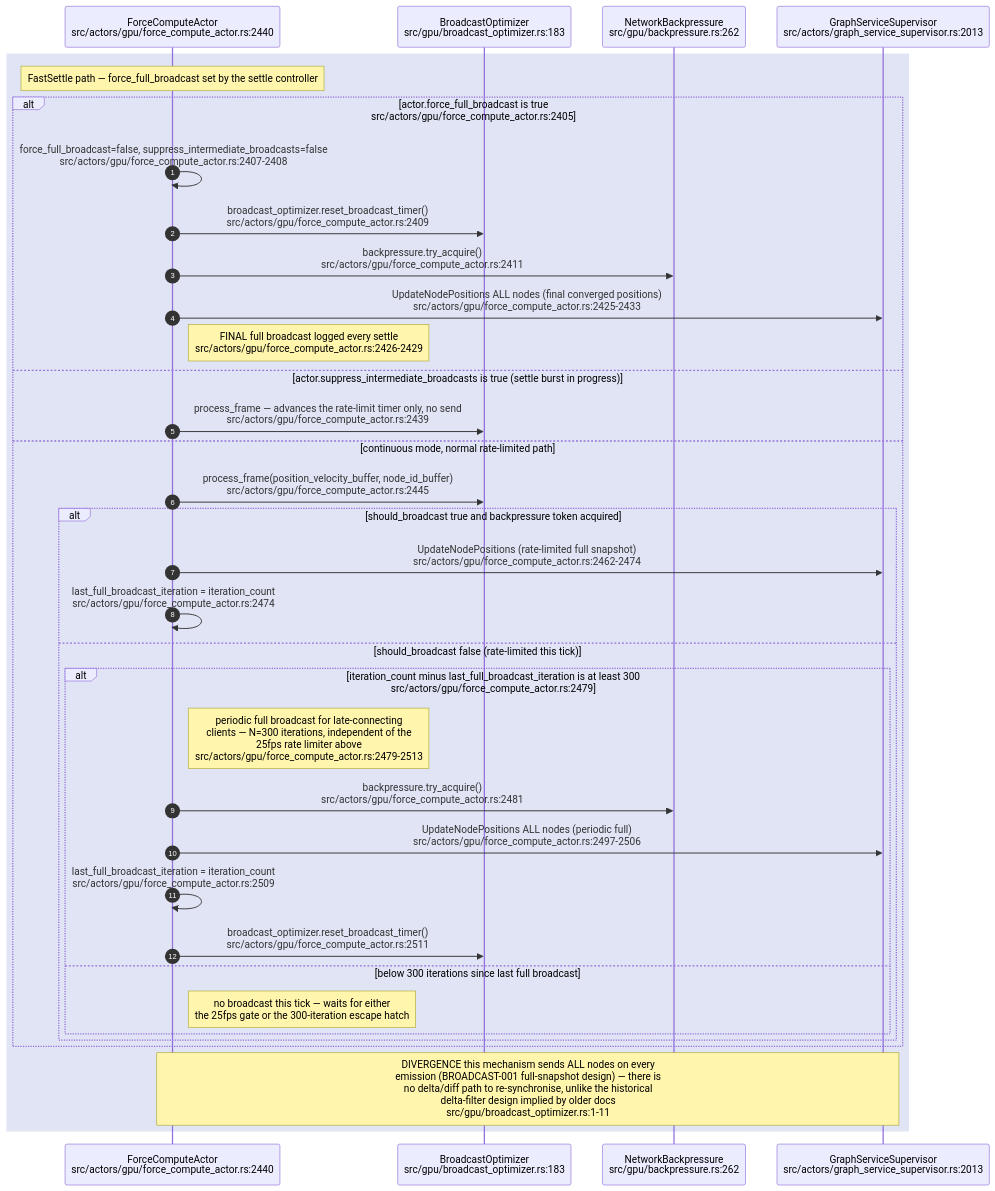
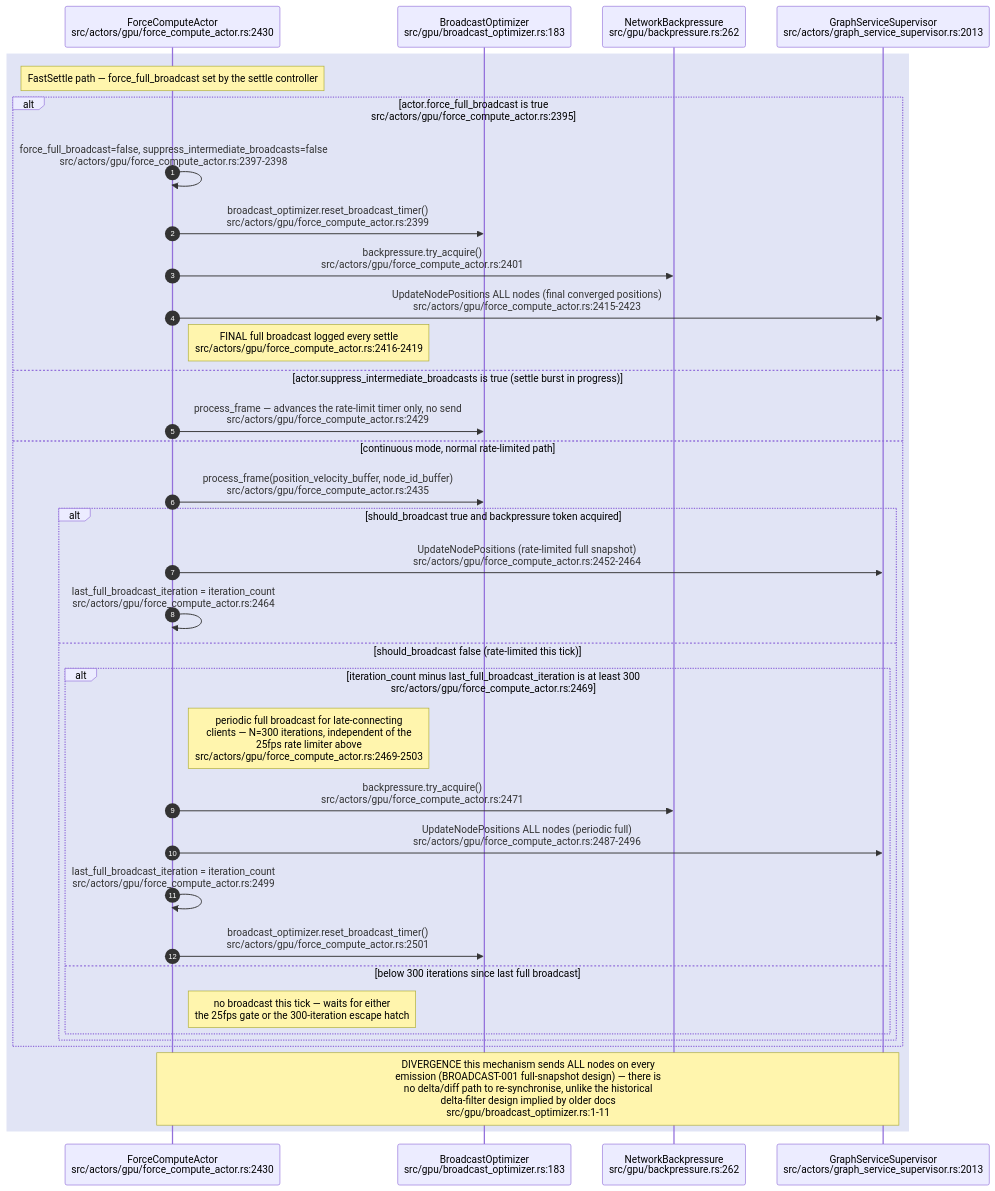
One commit to DreamLab-AI/VisionFlow changed the fourth of 7 diagrams in docs/diagrams/visionclaw/13-broadcast-pipeline-and-websocket.md. Above: the diagram before and after it, drawn with Mermaid. The commit also changed other lines of this file and 31 other files, not shown here.

````diff
--- a/docs/diagrams/visionclaw/13-broadcast-pipeline-and-websocket.md
+++ b/docs/diagrams/visionclaw/13-broadcast-pipeline-and-websocket.md
@@ -238,38 +241,38 @@
 ```mermaid
 sequenceDiagram
     autonumber
-    participant FC as ForceComputeActor<br/>src/actors/gpu/force_compute_actor.rs:2440
+    participant FC as ForceComputeActor<br/>src/actors/gpu/force_compute_actor.rs:2430
     participant BO as BroadcastOptimizer<br/>src/gpu/broadcast_optimizer.rs:183
     participant BP as NetworkBackpressure<br/>src/gpu/backpressure.rs:262
     participant GSS as GraphServiceSupervisor<br/>src/actors/graph_service_supervisor.rs:2013
 
     rect rgb(225,228,245)
     Note over FC: FastSettle path — force_full_broadcast set by the settle controller
-    alt actor.force_full_broadcast is true<br/>src/actors/gpu/force_compute_actor.rs:2405
-        FC->>FC: force_full_broadcast=false, suppress_intermediate_broadcasts=false<br/>src/actors/gpu/force_compute_actor.rs:2407-2408
-        FC->>BO: broadcast_optimizer.reset_broadcast_timer()<br/>src/actors/gpu/force_compute_actor.rs:2409
-        FC->>BP: backpressure.try_acquire()<br/>src/actors/gpu/force_compute_actor.rs:2411
-        FC->>GSS: UpdateNodePositions ALL nodes (final converged positions)<br/>src/actors/gpu/force_compute_actor.rs:2425-2433
-        Note right of FC: FINAL full broadcast logged every settle<br/>src/actors/gpu/force_compute_actor.rs:2426-2429
+    alt actor.force_full_broadcast is true<br/>src/actors/gpu/force_compute_actor.rs:2395
+        FC->>FC: force_full_broadcast=false, suppress_intermediate_broadcasts=false<br/>src/actors/gpu/force_compute_actor.rs:2397-2398
+        FC->>BO: broadcast_optimizer.reset_broadcast_timer()<br/>src/actors/gpu/force_compute_actor.rs:2399
+        FC->>BP: backpressure.try_acquire()<br/>src/actors/gpu/force_compute_actor.rs:2401
+        FC->>GSS: UpdateNodePositions ALL nodes (final converged positions)<br/>src/actors/gpu/force_compute_actor.rs:2415-2423
+        Note right of FC: FINAL full broadcast logged every settle<br/>src/actors/gpu/force_compute_actor.rs:2416-2419
     else actor.suppress_intermediate_broadcasts is true (settle burst in progress)
-        FC->>BO: process_frame — advances the rate-limit timer only, no send<br/>src/actors/gpu/force_compute_actor.rs:2439
+        FC->>BO: process_frame — advances the rate-limit timer only, no send<br/>src/actors/gpu/force_compute_actor.rs:2429
     else continuous mode, normal rate-limited path
-        FC->>BO: process_frame(position_velocity_buffer, node_id_buffer)<br/>src/actors/gpu/force_compute_actor.rs:2445
+        FC->>BO: process_frame(position_velocity_buffer, node_id_buffer)<br/>src/actors/gpu/force_compute_actor.rs:2435
         alt should_broadcast true and backpressure token acquired
-            FC->>GSS: UpdateNodePositions (rate-limited full snapshot)<br/>src/actors/gpu/force_compute_actor.rs:2462-2474
-            FC->>FC: last_full_broadcast_iteration = iteration_count<br/>src/actors/gpu/force_compute_actor.rs:2474
+            FC->>GSS: UpdateNodePositions (rate-limited full snapshot)<br/>src/actors/gpu/force_compute_actor.rs:2452-2464
+            FC->>FC: last_full_broadcast_iteration = iteration_count<br/>src/actors/gpu/force_compute_actor.rs:2464
         else should_broadcast false (rate-limited this tick)
-            alt iteration_count minus last_full_broadcast_iteration is at least 300<br/>src/actors/gpu/force_compute_actor.rs:2479
-                Note right of FC: periodic full broadcast for late-connecting<br/>clients — N=300 iterations, independent of the<br/>25fps rate limiter above<br/>src/actors/gpu/force_compute_actor.rs:2479-2513
-                FC->>BP: backpressure.try_acquire()<br/>src/actors/gpu/force_compute_actor.rs:2481
-                FC->>GSS: UpdateNodePositions ALL nodes (periodic full)<br/>src/actors/gpu/force_compute_actor.rs:2497-2506
-                FC->>FC: last_full_broadcast_iteration = iteration_count<br/>src/actors/gpu/force_compute_actor.rs:2509
-                FC->>BO: broadcast_optimizer.reset_broadcast_timer()<br/>src/actors/gpu/force_compute_actor.rs:2511
+            alt iteration_count minus last_full_broadcast_iteration is at least 300<br/>src/actors/gpu/force_compute_actor.rs:2469
+                Note right of FC: periodic full broadcast for late-connecting<br/>clients — N=300 iterations, independent of the<br/>25fps rate limiter above<br/>src/actors/gpu/force_compute_actor.rs:2469-2503
+                FC->>BP: backpressure.try_acquire()<br/>src/actors/gpu/force_compute_actor.rs:2471
+                FC->>GSS: UpdateNodePositions ALL nodes (periodic full)<br/>src/actors/gpu/force_compute_actor.rs:2487-2496
+                FC->>FC: last_full_broadcast_iteration = iteration_count<br/>src/actors/gpu/force_compute_actor.rs:2499
+                FC->>BO: broadcast_optimizer.reset_broadcast_timer()<br/>src/actors/gpu/force_compute_actor.rs:2501
             else below 300 iterations since last full broadcast
                 Note right of FC: no broadcast this tick — waits for either<br/>the 25fps gate or the 300-iteration escape hatch
             end
         end
     end
     Note over FC,GSS: DIVERGENCE this mechanism sends ALL nodes on every<br/>emission (BROADCAST-001 full-snapshot design) — there is<br/>no delta/diff path to re-synchronise, unlike the historical<br/>delta-filter design implied by older docs<br/>src/gpu/broadcast_optimizer.rs:1-11
     end
 ```
````
